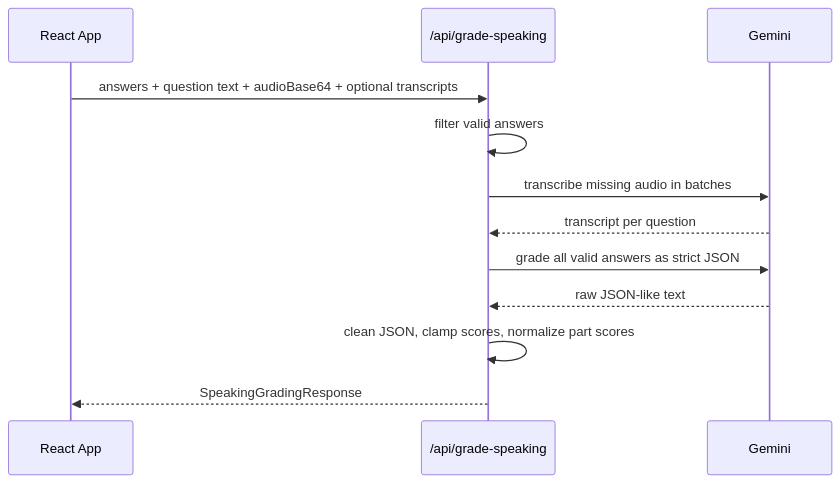
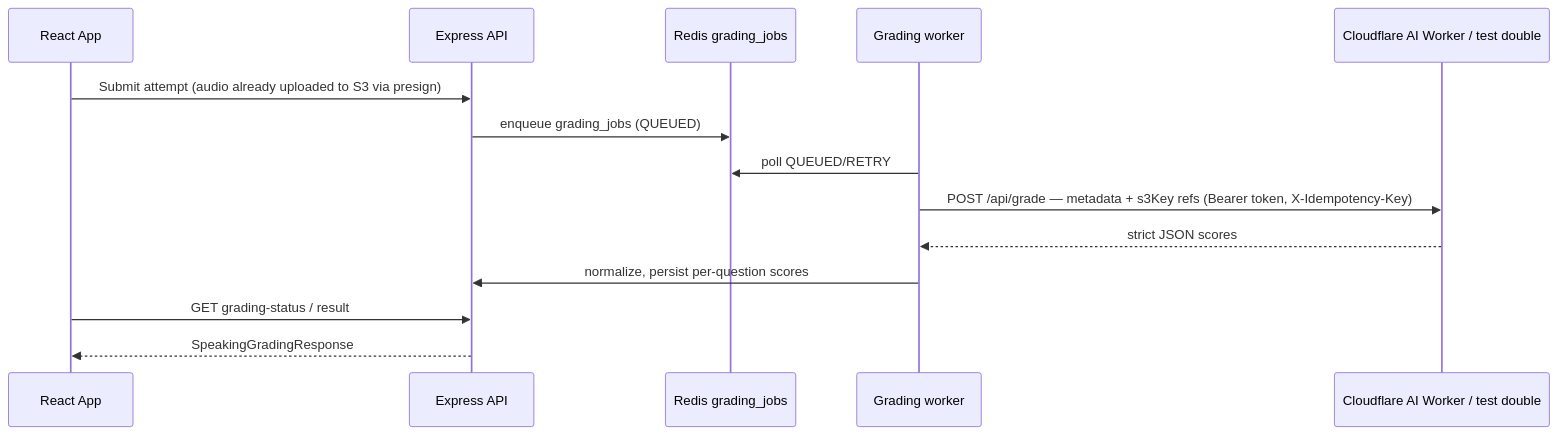
Before and after one commit to initforge/mini-ielts.score: the third of 5 diagrams in docs/02-exam-workflows.md, drawn with Mermaid. The commit also changed other lines of this file and 1068 other files, not shown here.

````diff
--- a/docs/02-exam-workflows.md
+++ b/docs/02-exam-workflows.md
@@ -66,15 +66,17 @@
 ```mermaid
 sequenceDiagram
   participant App as React App
-  participant API as /api/grade-speaking
-  participant Gemini as Gemini
+  participant API as Express API
+  participant Queue as Redis grading_jobs
+  participant Worker as Grading worker
+  participant AI as Cloudflare AI Worker / test double
 
-  App->>API: answers + question text + audioBase64 + optional transcripts
-  API->>API: filter valid answers
-  API->>Gemini: transcribe missing audio in batches
-  Gemini-->>API: transcript per question
-  API->>Gemini: grade all valid answers as strict JSON
-  Gemini-->>API: raw JSON-like text
-  API->>API: clean JSON, clamp scores, normalize part scores
+  App->>API: Submit attempt (audio already uploaded to S3 via presign)
+  API->>Queue: enqueue grading_jobs (QUEUED)
+  Worker->>Queue: poll QUEUED/RETRY
+  Worker->>AI: POST /api/grade — metadata + s3Key refs (Bearer token, X-Idempotency-Key)
+  AI-->>Worker: strict JSON scores
+  Worker->>API: normalize, persist per-question scores
+  App->>API: GET grading-status / result
   API-->>App: SpeakingGradingResponse
 ```
````
